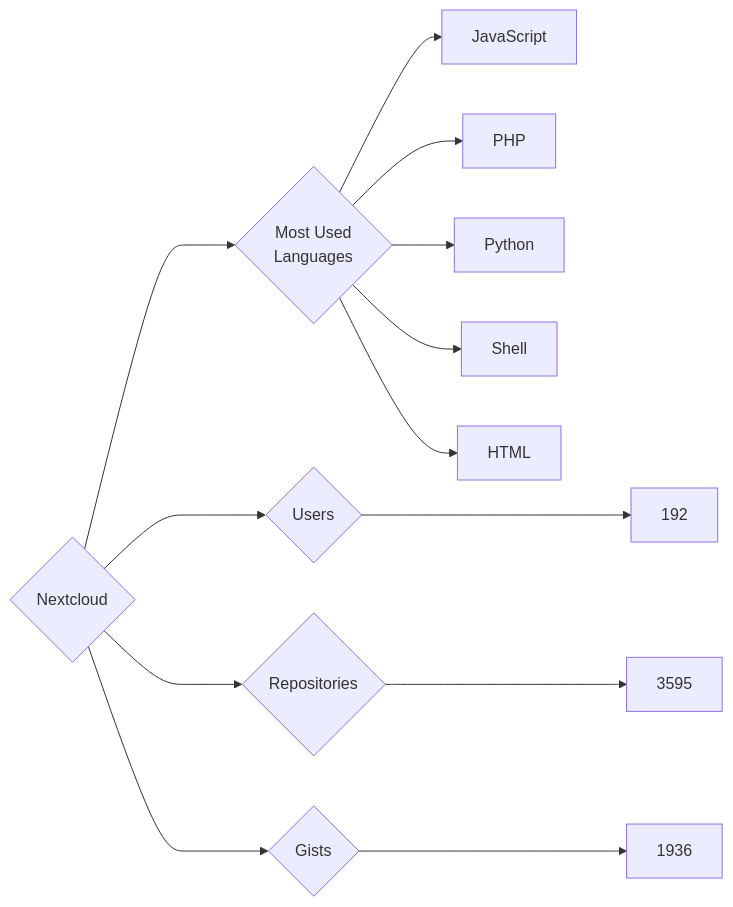
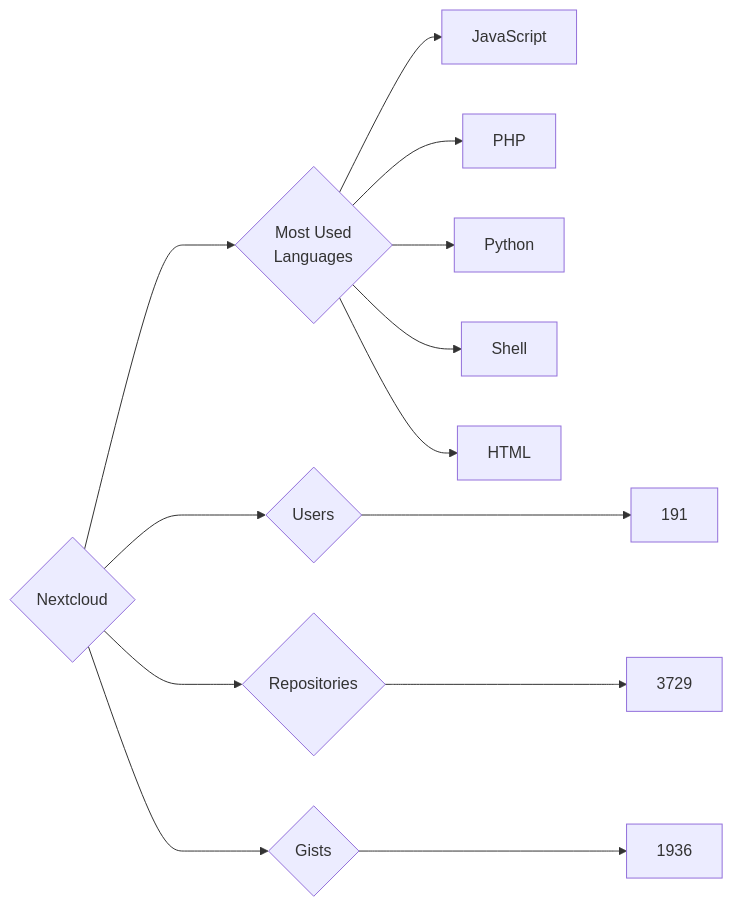
The diagram in targets/Nextcloud/README.md (trickest/insiders), drawn with Mermaid before and after one commit. The commit also changed 1248 other files, not shown here.

````diff
--- a/targets/Nextcloud/README.md
+++ b/targets/Nextcloud/README.md
@@ -3,13 +3,13 @@
 ```mermaid
 graph LR
 COMPANY_NAME{Nextcloud}
-COMPANY_NAME ---> U{Users} ---> UN[192]
-COMPANY_NAME ---> R{Repositories} ---> RN[3595]
+COMPANY_NAME ---> U{Users} ---> UN[191]
+COMPANY_NAME ---> R{Repositories} ---> RN[3729]
 COMPANY_NAME ---> G{Gists} ---> GN[1936]
 COMPANY_NAME ---> ML{Most Used<br>Languages}
 ML --> JavaScript[JavaScript]
 ML --> PHP[PHP]
 ML --> Python[Python]
 ML --> Shell[Shell]
 ML --> HTML[HTML]
 ```
````
